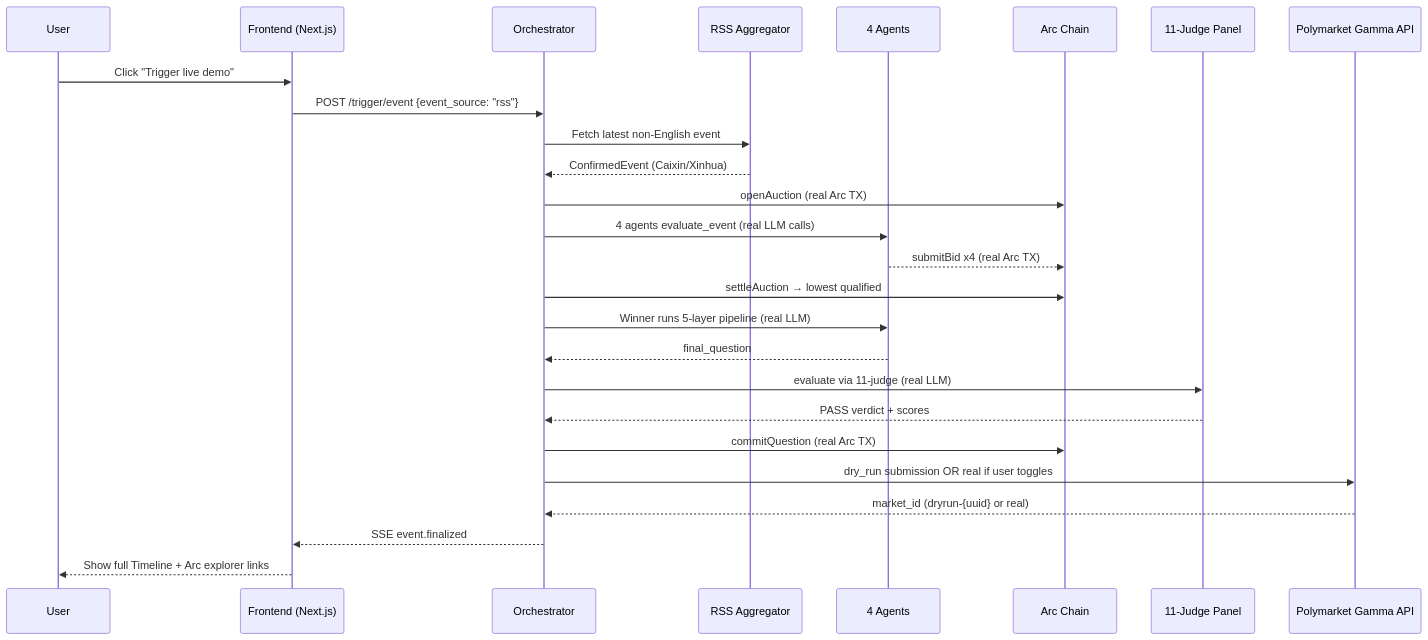
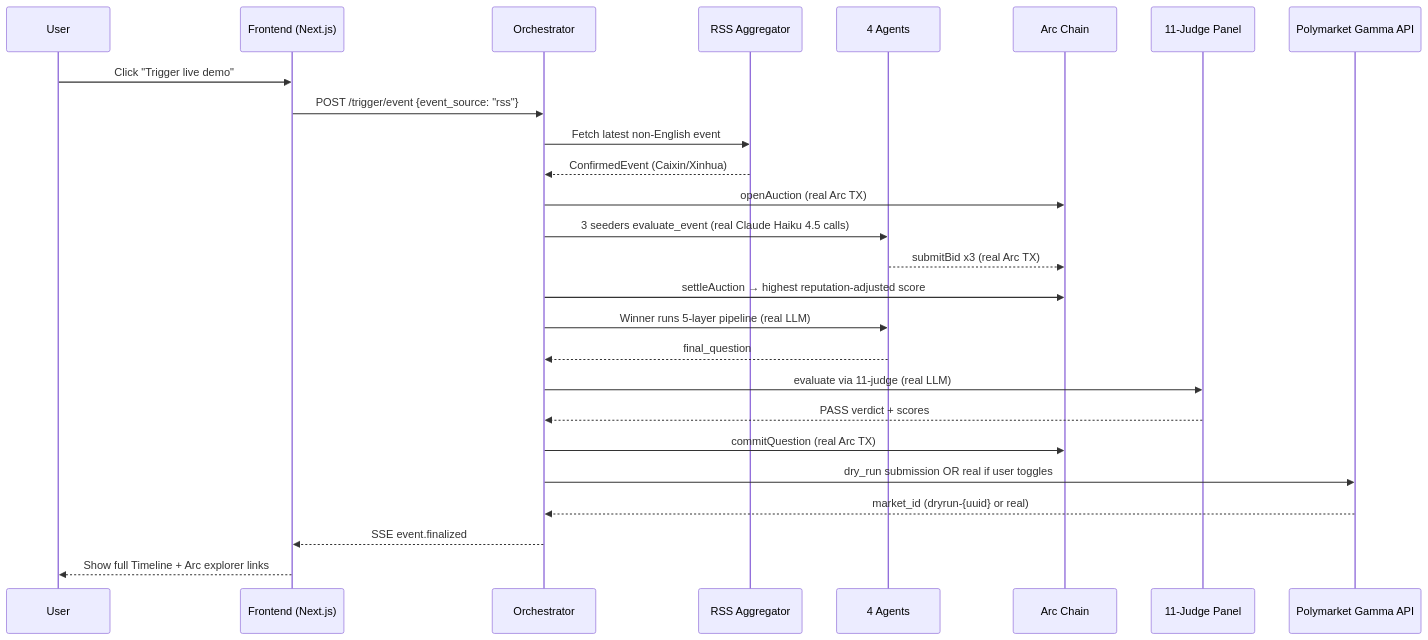
Before and after one commit to licaomeng/polyglot-alpha: the fourth of 4 diagrams in submission/architecture.md, drawn with Mermaid. The commit also changed other lines of this file and 200 other files, not shown here.

````diff
--- a/submission/architecture.md
+++ b/submission/architecture.md
@@ -159,29 +159,29 @@
 ```mermaid
 sequenceDiagram
     participant U as User
     participant UI as Frontend (Next.js)
     participant O as Orchestrator
     participant R as RSS Aggregator
     participant A as 4 Agents
     participant CT as Arc Chain
     participant J as 11-Judge Panel
     participant P as Polymarket Gamma API
 
     U->>UI: Click "Trigger live demo"
     UI->>O: POST /trigger/event {event_source: "rss"}
     O->>R: Fetch latest non-English event
     R-->>O: ConfirmedEvent (Caixin/Xinhua)
     O->>CT: openAuction (real Arc TX)
-    O->>A: 4 agents evaluate_event (real LLM calls)
-    A-->>CT: submitBid x4 (real Arc TX)
-    O->>CT: settleAuction → lowest qualified
+    O->>A: 3 seeders evaluate_event (real Claude Haiku 4.5 calls)
+    A-->>CT: submitBid x3 (real Arc TX)
+    O->>CT: settleAuction → highest reputation-adjusted score
     O->>A: Winner runs 5-layer pipeline (real LLM)
     A-->>O: final_question
     O->>J: evaluate via 11-judge (real LLM)
     J-->>O: PASS verdict + scores
     O->>CT: commitQuestion (real Arc TX)
     O->>P: dry_run submission OR real if user toggles
     P-->>O: market_id (dryrun-{uuid} or real)
     O-->>UI: SSE event.finalized
     UI-->>U: Show full Timeline + Arc explorer links
 ```
````
